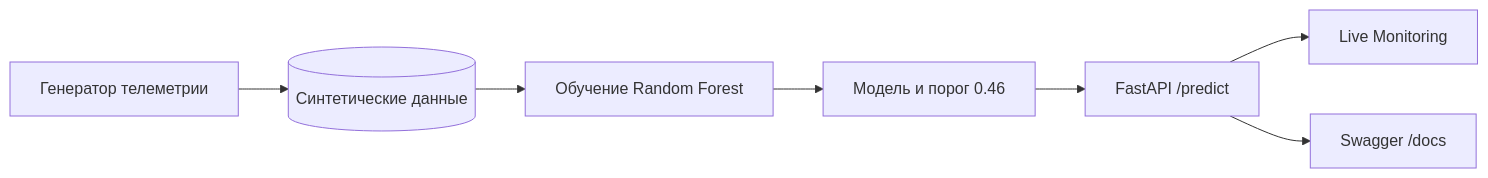
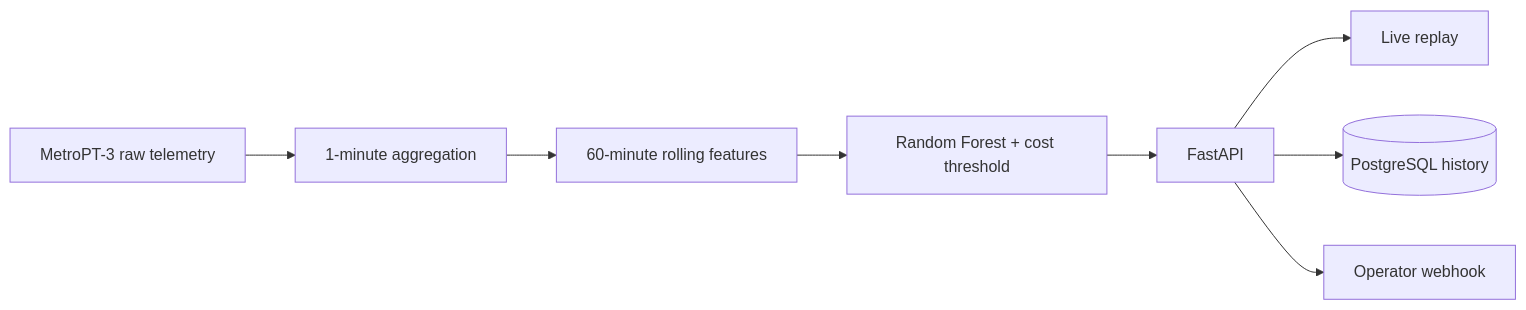
One commit to Nikitaaa2619/el6_electrode_ml_project changed the diagram in README.md. Above: the diagram before and after it, drawn with Mermaid. The commit also changed other lines of this file and 27 other files, not shown here.

Commit message:
Replace synthetic demo with MetroPT-3 monitoring

````diff
--- a/README.md
+++ b/README.md
@@ -37,9 +40,10 @@
 ```mermaid
 flowchart LR
-    A[Генератор телеметрии] --> B[(Синтетические данные)]
-    B --> C[Обучение Random Forest]
-    C --> D[Модель и порог 0.46]
-    D --> E[FastAPI /predict]
-    E --> F[Live Monitoring]
-    E --> G[Swagger /docs]
+    A[MetroPT-3 raw telemetry] --> B[1-minute aggregation]
+    B --> C[60-minute rolling features]
+    C --> D[Random Forest + cost threshold]
+    D --> E[FastAPI]
+    E --> F[Live replay]
+    E --> G[(PostgreSQL history)]
+    E --> H[Operator webhook]
 ```
````
